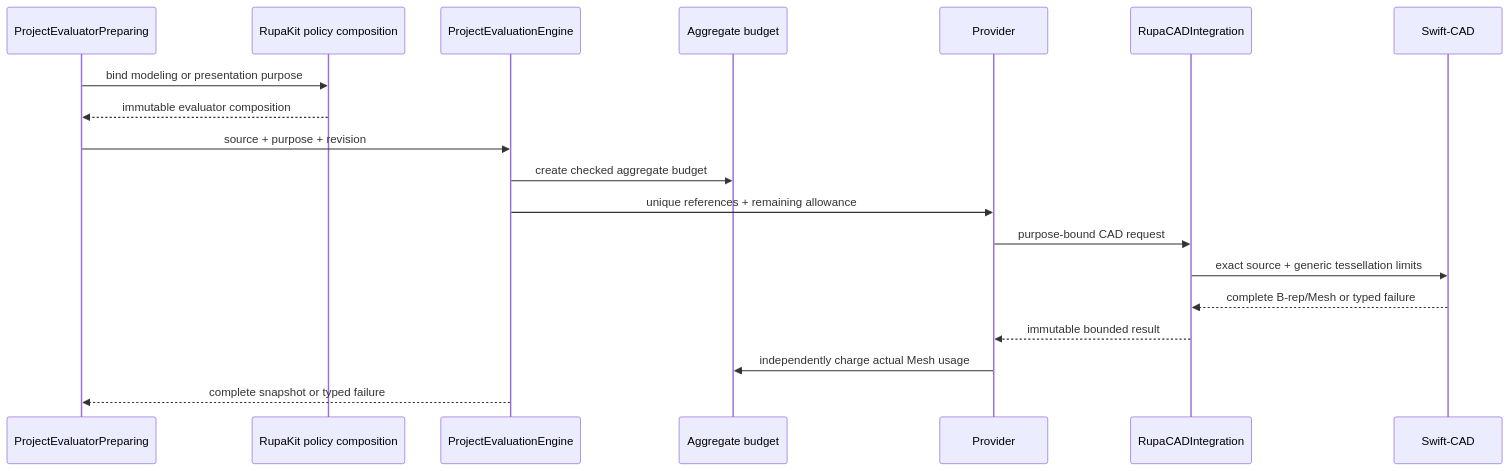
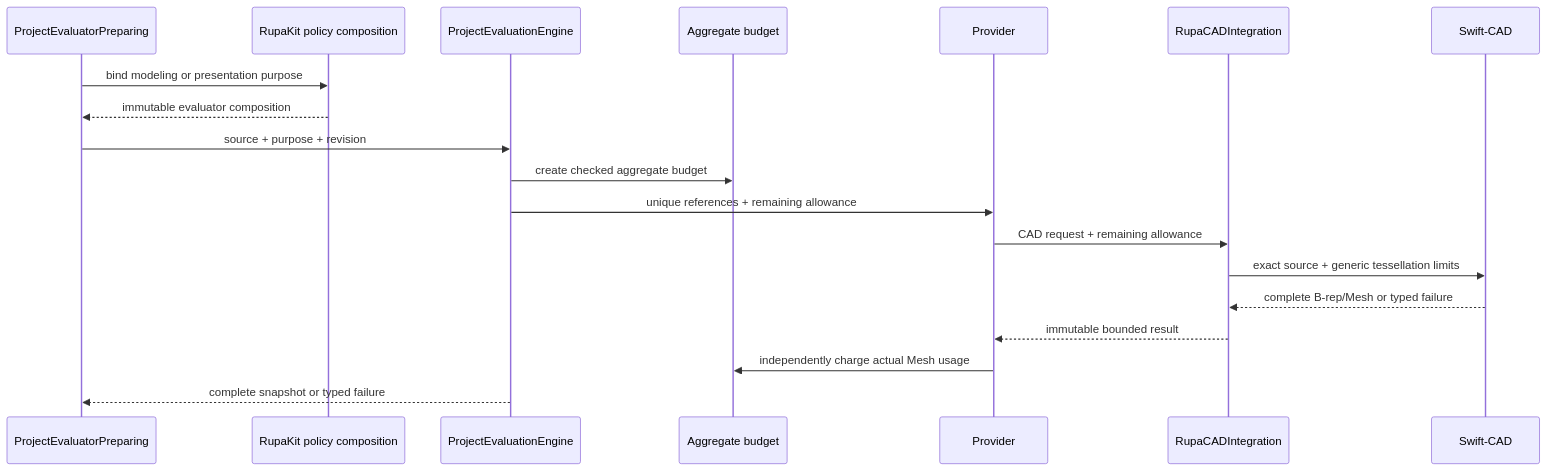
The second of 2 diagrams in RupaKit/Sources/RupaEvaluation/DESIGN.md (1amageek/Rupa), drawn with Mermaid before and after one commit. The commit also changed other lines of this file and 32 other files, not shown here.

````diff
--- a/RupaKit/Sources/RupaEvaluation/DESIGN.md
+++ b/RupaKit/Sources/RupaEvaluation/DESIGN.md
@@ -114,21 +116,21 @@
 ```mermaid
 sequenceDiagram
     participant P as ProjectEvaluatorPreparing
     participant K as RupaKit policy composition
     participant E as ProjectEvaluationEngine
     participant B as Aggregate budget
     participant V as Provider
     participant C as RupaCADIntegration
     participant S as Swift-CAD
     P->>K: bind modeling or presentation purpose
     K-->>P: immutable evaluator composition
     P->>E: source + purpose + revision
     E->>B: create checked aggregate budget
     E->>V: unique references + remaining allowance
-    V->>C: purpose-bound CAD request
+    V->>C: CAD request + remaining allowance
     C->>S: exact source + generic tessellation limits
     S-->>C: complete B-rep/Mesh or typed failure
     C-->>V: immutable bounded result
     V->>B: independently charge actual Mesh usage
     E-->>P: complete snapshot or typed failure
 ```
````
